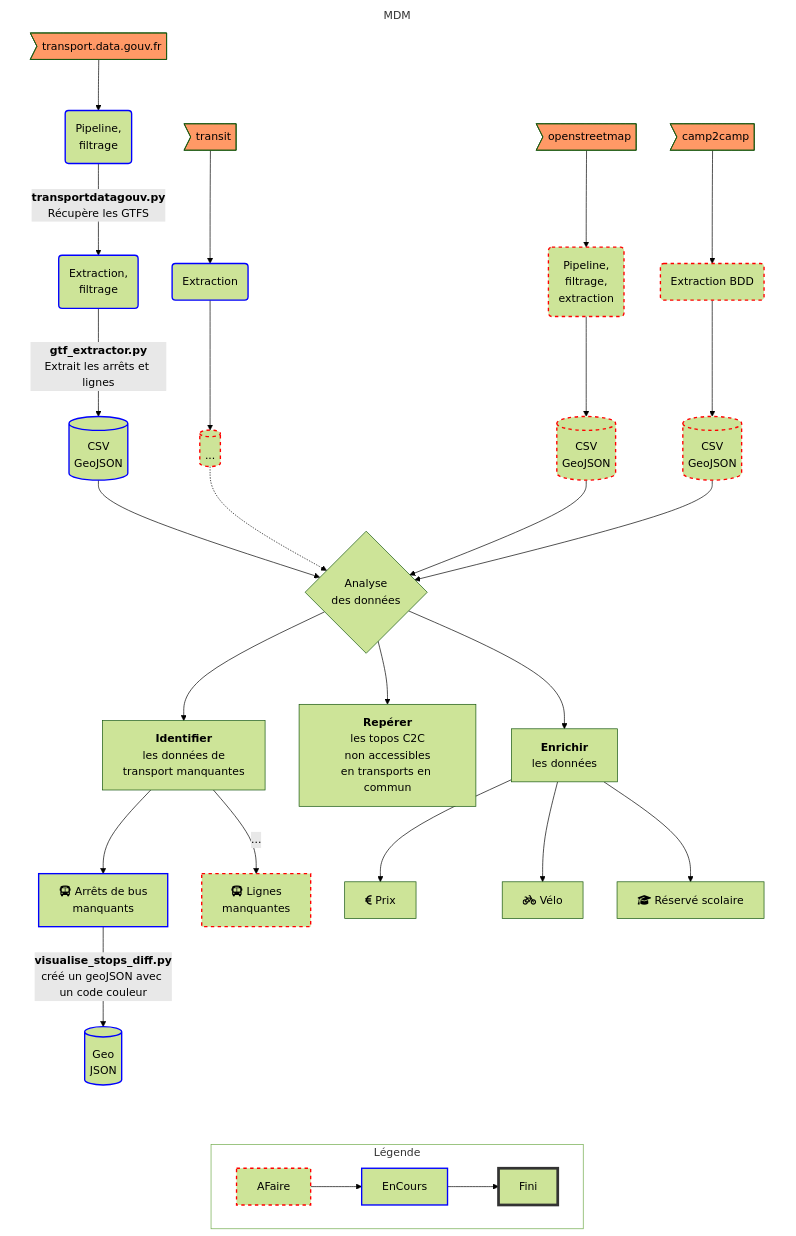
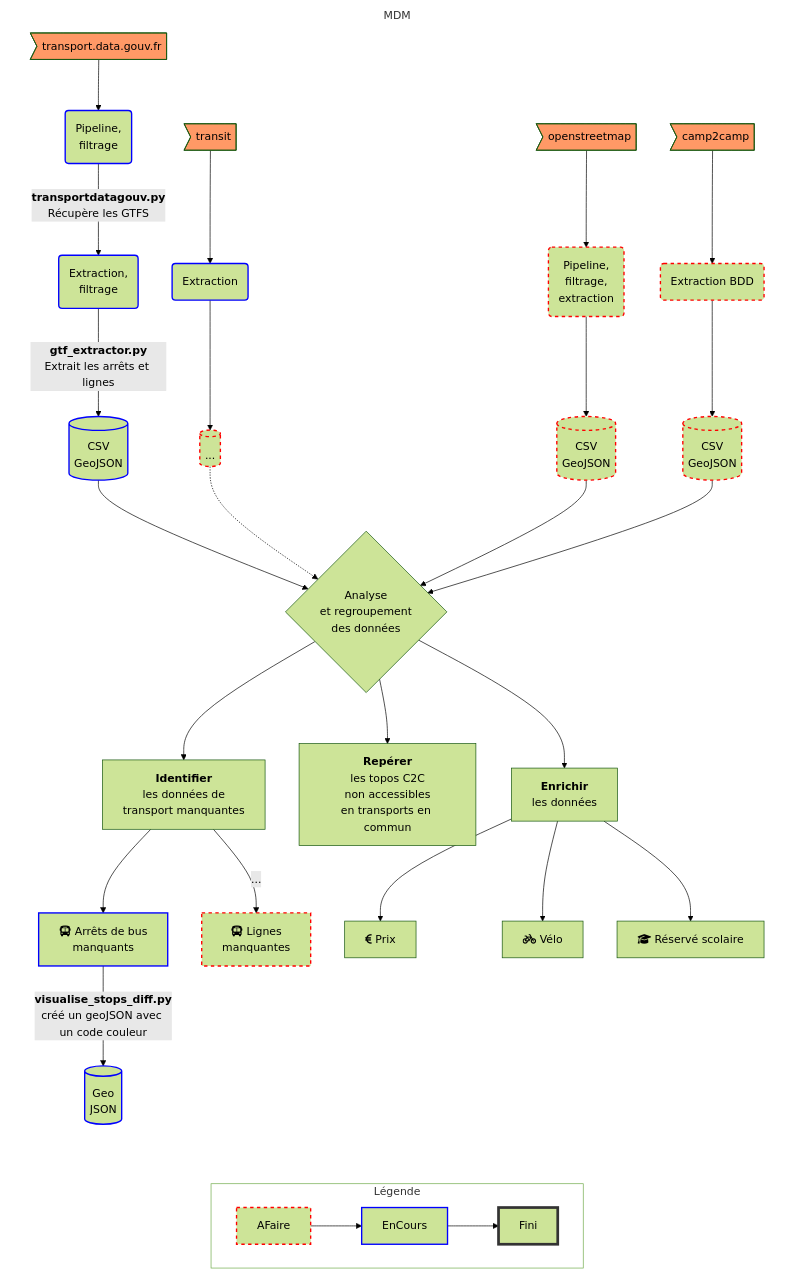
One commit to lsorba/mobilite_durable changed the diagram in doc/process.mermaid. Above: the diagram before and after it, drawn with Mermaid.

Commit message:
Renamed analysis box

```diff
--- a/doc/process.mermaid
+++ b/doc/process.mermaid
@@ -1,91 +1,92 @@
 ---
 config:
   theme: 'forest'
 ---
 flowchart TD
     subgraph MDM
         direction TB
         SOURCE_TDG>transport.data.gouv.fr] --> PF_TDG("`Pipeline,
                     filtrage`")
         PF_TDG -->|"`__transportdatagouv.py__
                     Récupère les GTFS`"| FE_TDG("`Extraction,
                     filtrage`")
         SOURCE_TRANSIT>transit] --> PFE_TRANSIT("`Extraction`")
         SOURCE_OSM>openstreetmap] --> PFE_OSM("`Pipeline,
                     filtrage,
                     extraction`")
         SOURCE_C2C>camp2camp] --> PFE_C2C("`Extraction BDD`")
 
 
 
         FE_TDG -->|"`__gtf_extractor.py__
                     Extrait les arrêts et lignes`"| EXPORT_TDG[("`CSV
                     GeoJSON`")]
         PFE_TRANSIT --> EXPORT_TRANSIT[("`...`")]
         PFE_OSM --> EXPORT_OSM[("`CSV
                     GeoJSON`")]
         PFE_C2C --> EXPORT_C2C[("`CSV
                     GeoJSON`")]
         EXPORT_TDG --> ANALYSE{"`Analyse
+                    et regroupement
                     des données`"}
         EXPORT_TRANSIT -.-> ANALYSE
         EXPORT_OSM --> ANALYSE
         EXPORT_C2C --> ANALYSE
 
 
         ANALYSE --> IDENTIFIER["`**Identifier**
                     les données de
                     transport manquantes`"]
         ANALYSE --> REPERER["`**Repérer**
                     les topos C2C
                     non accessibles
                     en transports en commun`"]
         ANALYSE --> ENRICHIR["`**Enrichir**
                     les données`"]
         IDENTIFIER --> ARRETS_MANQUANTS["`fa:fa-bus Arrêts de bus
                     manquants`"]
         IDENTIFIER -->|...| LIGNES_MANQUANTES["`fa:fa-bus Lignes
                     manquantes`"]
         ARRETS_MANQUANTS -->|"`__visualise_stops_diff.py__
                 créé un geoJSON avec un code couleur`"| DIFF[("`Geo
                     JSON`")]
         ENRICHIR --> PRIX[fa:fa-eur Prix]
         ENRICHIR --> VELO[fa:fa-bicycle Vélo]
         ENRICHIR --> SPECIAUX[fa:fa-graduation-cap  Réservé scolaire]
 
     %% Styling
         style MDM fill:#fff,stroke:#fff
         style SOURCE_TDG fill:#f96
         style SOURCE_OSM fill:#f96
         style SOURCE_C2C fill:#f96
         style SOURCE_TRANSIT fill:#f96
 
     %% TODO
         style PFE_OSM stroke:#f00,stroke-width:2px,stroke-dasharray: 5 5
         style PFE_C2C stroke:#f00,stroke-width:2px,stroke-dasharray: 5 5
         style LIGNES_MANQUANTES stroke:#f00,stroke-width:2px,stroke-dasharray: 5 5
         style EXPORT_OSM stroke:#f00,stroke-width:2px,stroke-dasharray: 5 5
         style EXPORT_C2C stroke:#f00,stroke-width:2px,stroke-dasharray: 5 5
         style EXPORT_C2C stroke:#f00,stroke-width:2px,stroke-dasharray: 5 5
         style EXPORT_TRANSIT stroke:#f00,stroke-width:2px,stroke-dasharray: 5 5
     %% In progress
         style PF_TDG stroke:#00f,stroke-width:2px
         style FE_TDG stroke:#00f,stroke-width:2px
         style EXPORT_TDG stroke:#00f,stroke-width:2px
         style ARRETS_MANQUANTS stroke:#00f,stroke-width:2px
         style DIFF stroke:#00f,stroke-width:2px
         style PFE_TRANSIT stroke:#00f,stroke-width:2px
     %% DONE
         %% style PF_TDG fill:#0d0,stroke:#333,stroke-width:4px
     end
 
     subgraph Légende
         direction LR
         style Légende fill:#fff
         AFaire --> EnCours --> Fini
         style AFaire stroke:#f00,stroke-width:2px,stroke-dasharray: 5 5
         style EnCours stroke:#00f,stroke-width:2px
         style Fini stroke:#333,stroke-width:4px
     end
 
     MDM ~~~ Légende
```
